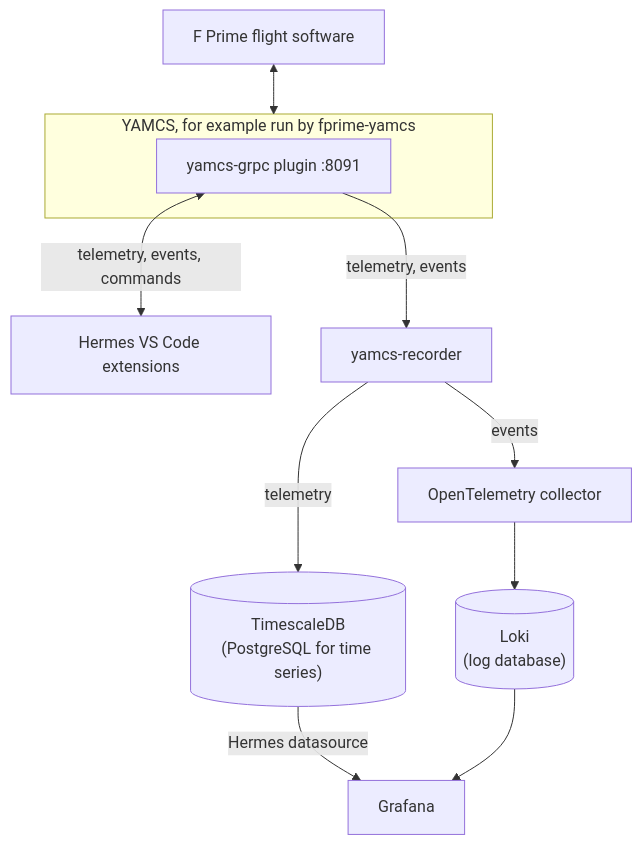
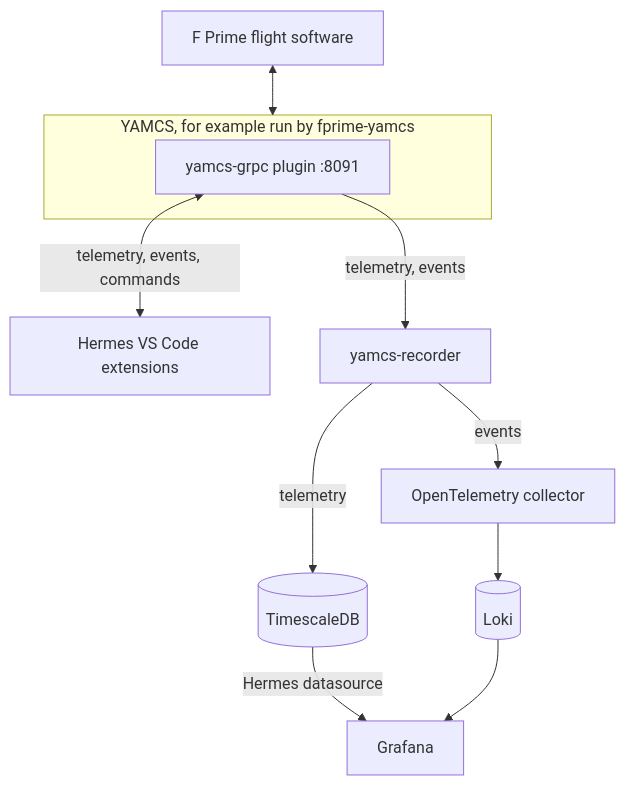
One commit to nasa/hermes changed the diagram in docs/index.md. Above: the diagram before and after it, drawn with Mermaid. The commit also changed other lines of this file and 3 other files, not shown here.

````diff
--- a/docs/index.md
+++ b/docs/index.md
@@ -31,13 +36,13 @@
 ```mermaid
 flowchart TB
     subgraph yamcs ["YAMCS, for example run by fprime-yamcs"]
         grpc["yamcs-grpc plugin :8091"]
     end
     fsw["F Prime flight software"] <--> yamcs
     grpc <-->|"telemetry, events, commands"| vsc["Hermes VS Code extensions"]
     grpc -->|"telemetry, events"| rec["yamcs-recorder"]
-    rec -->|"telemetry"| ts[("TimescaleDB<br/>(PostgreSQL for time series)")]
-    rec -->|"events"| otel["OpenTelemetry collector"] --> loki[("Loki<br/>(log database)")]
+    rec -->|"telemetry"| ts[("TimescaleDB")]
+    rec -->|"events"| otel["OpenTelemetry collector"] --> loki[("Loki")]
     ts -->|"Hermes datasource"| graf["Grafana"]
     loki --> graf
 ```
````
